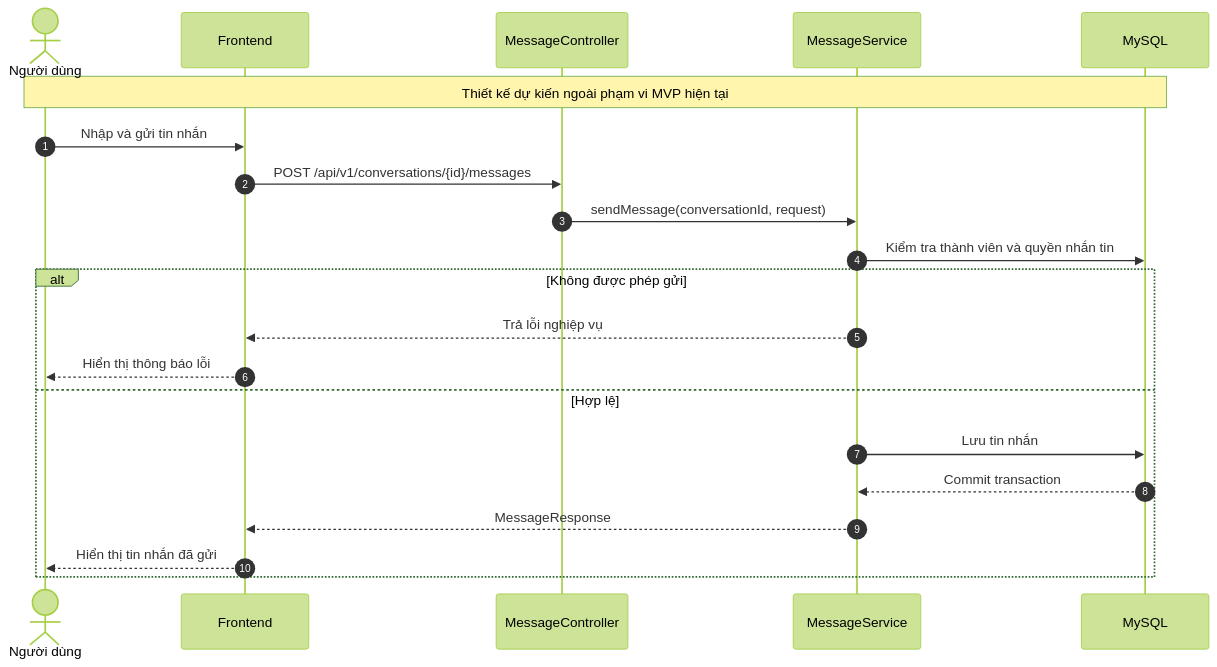
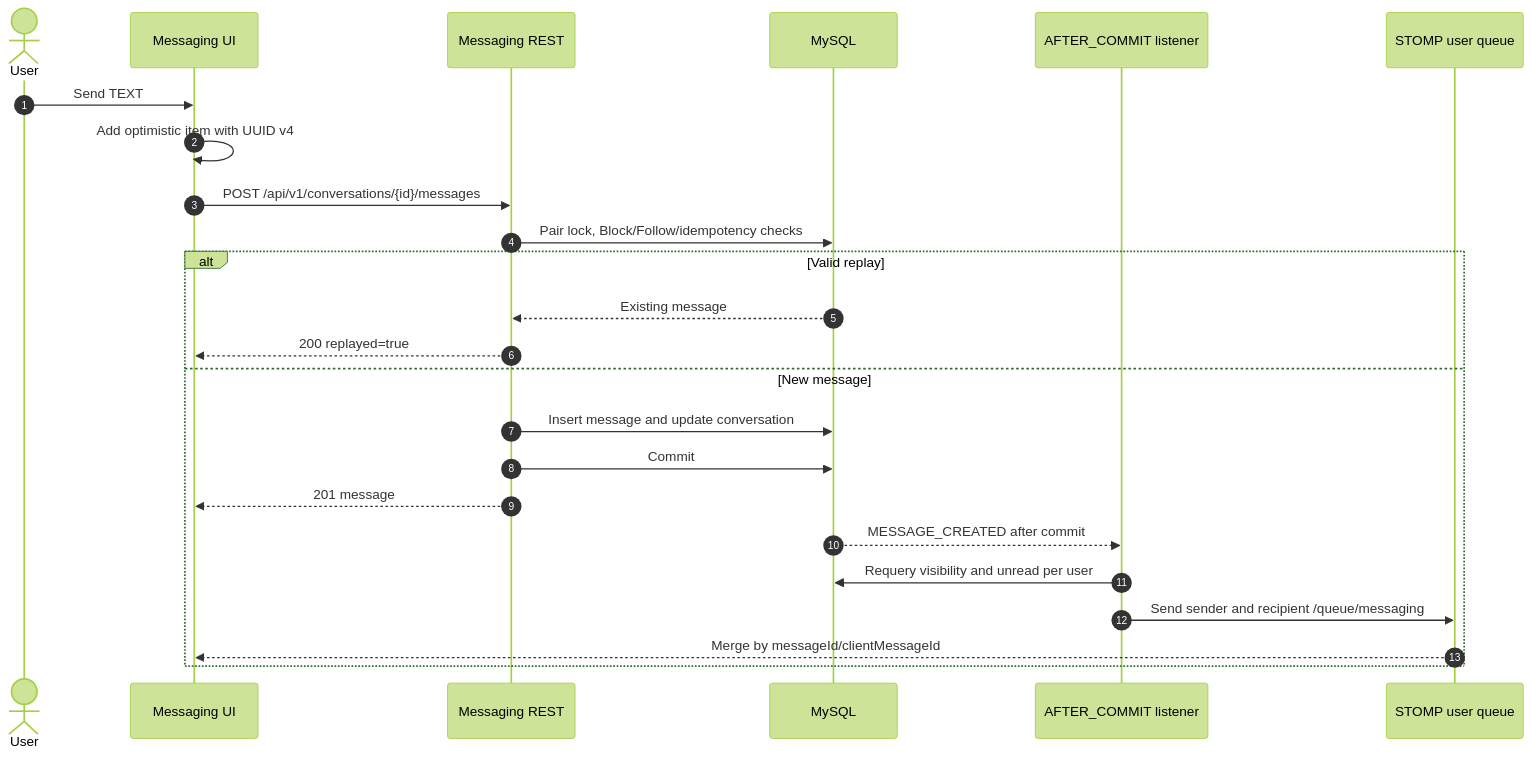
Before and after one commit to duoz0323/student-social-network: the diagram in docs/diagrams/sequence diagrams/send-message-sequence-report.mmd, drawn with Mermaid (forest theme). The commit also changed 188 other files, not shown here.

```diff
--- a/docs/diagrams/sequence diagrams/send-message-sequence-report.mmd
+++ b/docs/diagrams/sequence diagrams/send-message-sequence-report.mmd
@@ -1,22 +1,25 @@
 sequenceDiagram
     autonumber
-    actor U as Người dùng
-    participant FE as Frontend
-    participant MC as MessageController
-    participant MS as MessageService
+    actor U as User
+    participant FE as Messaging UI
+    participant REST as Messaging REST
     participant DB as MySQL
+    participant EV as AFTER_COMMIT listener
+    participant WS as STOMP user queue
 
-    Note over U,DB: Thiết kế dự kiến ngoài phạm vi MVP hiện tại
-    U->>FE: Nhập và gửi tin nhắn
-    FE->>MC: POST /api/v1/conversations/{id}/messages
-    MC->>MS: sendMessage(conversationId, request)
-    MS->>DB: Kiểm tra thành viên và quyền nhắn tin
-    alt Không được phép gửi
-        MS-->>FE: Trả lỗi nghiệp vụ
-        FE-->>U: Hiển thị thông báo lỗi
-    else Hợp lệ
-        MS->>DB: Lưu tin nhắn
-        DB-->>MS: Commit transaction
-        MS-->>FE: MessageResponse
-        FE-->>U: Hiển thị tin nhắn đã gửi
+    U->>FE: Send TEXT
+    FE->>FE: Add optimistic item with UUID v4
+    FE->>REST: POST /api/v1/conversations/{id}/messages
+    REST->>DB: Pair lock, Block/Follow/idempotency checks
+    alt Valid replay
+        DB-->>REST: Existing message
+        REST-->>FE: 200 replayed=true
+    else New message
+        REST->>DB: Insert message and update conversation
+        REST->>DB: Commit
+        REST-->>FE: 201 message
+        DB-->>EV: MESSAGE_CREATED after commit
+        EV->>DB: Requery visibility and unread per user
+        EV->>WS: Send sender and recipient /queue/messaging
+        WS-->>FE: Merge by messageId/clientMessageId
     end
```
